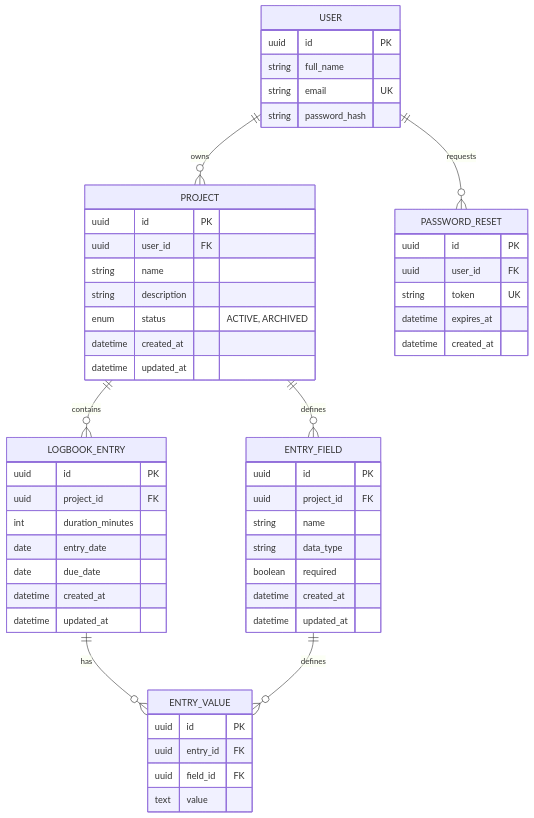
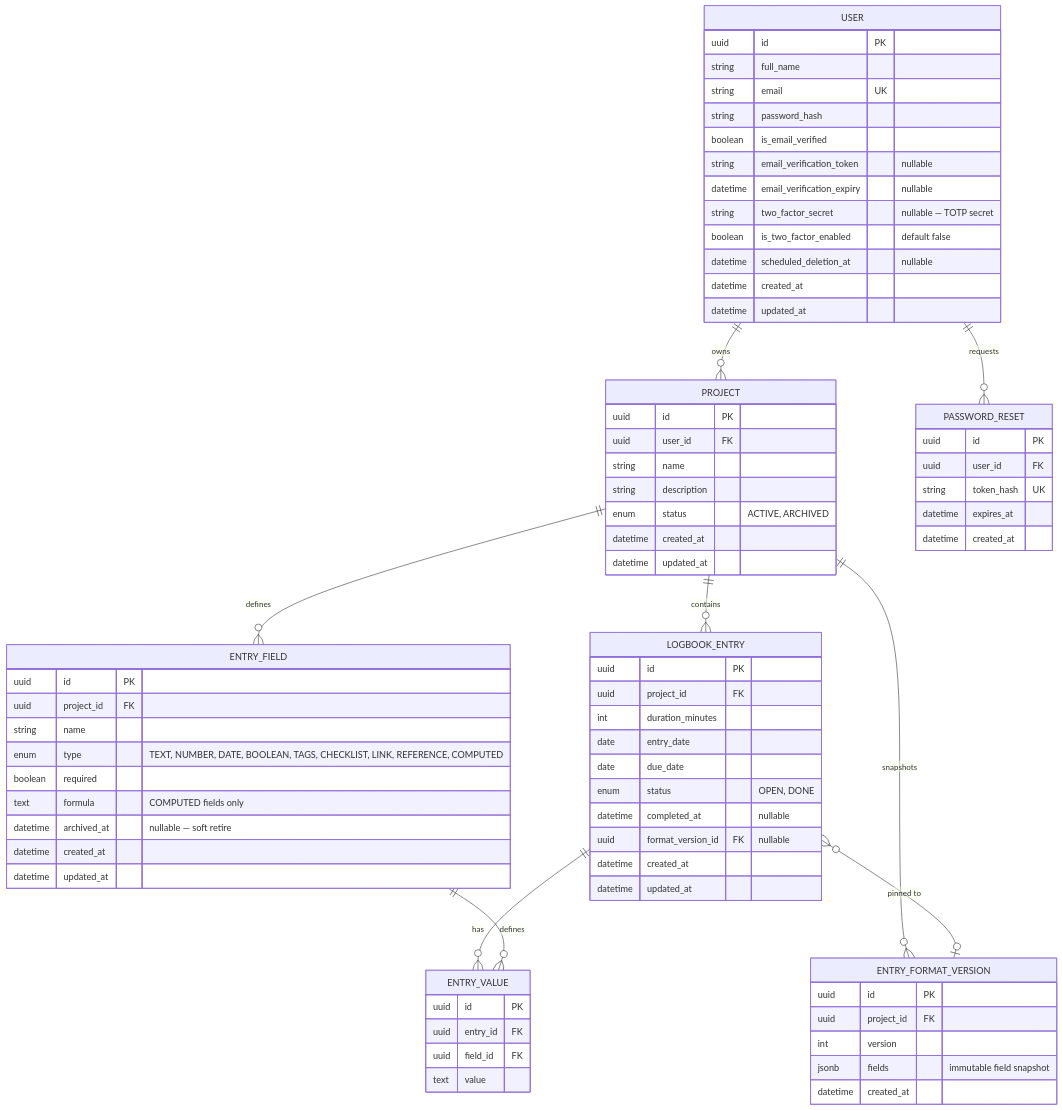
The diagram in docs/design/database-erd.md (DiMpho-20/coms3011a-logbook-digital-logbook), drawn with Mermaid before and after one commit. The commit also changed other lines of this file, not shown here.

Commit message:
docs: update database ERD with sprint 2 schema (2FA, format versions, entry status)

```diff
--- a/docs/design/database-erd.md
+++ b/docs/design/database-erd.md
@@ -25,7 +25,9 @@
     USER ||--o{ PROJECT : owns
     USER ||--o{ PASSWORD_RESET : requests
     PROJECT ||--o{ ENTRY_FIELD : defines
+    PROJECT ||--o{ ENTRY_FORMAT_VERSION : snapshots
     PROJECT ||--o{ LOGBOOK_ENTRY : contains
+    LOGBOOK_ENTRY }o--o| ENTRY_FORMAT_VERSION : "pinned to"
     LOGBOOK_ENTRY ||--o{ ENTRY_VALUE : has
     ENTRY_FIELD ||--o{ ENTRY_VALUE : defines
 
@@ -34,6 +36,14 @@
         string full_name
         string email UK
         string password_hash
+        boolean is_email_verified
+        string email_verification_token "nullable"
+        datetime email_verification_expiry "nullable"
+        string two_factor_secret "nullable — TOTP secret"
+        boolean is_two_factor_enabled "default false"
+        datetime scheduled_deletion_at "nullable"
+        datetime created_at
+        datetime updated_at
     }
 
     PROJECT {
@@ -50,10 +60,20 @@
         uuid id PK
         uuid project_id FK
         string name
-        string data_type
+        enum type "TEXT, NUMBER, DATE, BOOLEAN, TAGS, CHECKLIST, LINK, REFERENCE, COMPUTED"
         boolean required
+        text formula "COMPUTED fields only"
+        datetime archived_at "nullable — soft retire"
         datetime created_at
         datetime updated_at
+    }
+
+    ENTRY_FORMAT_VERSION {
+        uuid id PK
+        uuid project_id FK
+        int version
+        jsonb fields "immutable field snapshot"
+        datetime created_at
     }
 
     LOGBOOK_ENTRY {
@@ -62,6 +82,9 @@
         int duration_minutes
         date entry_date
         date due_date
+        enum status "OPEN, DONE"
+        datetime completed_at "nullable"
+        uuid format_version_id FK "nullable"
         datetime created_at
         datetime updated_at
     }
@@ -76,7 +99,7 @@
     PASSWORD_RESET {
         uuid id PK
         uuid user_id FK
-        string token UK
+        string token_hash UK
         datetime expires_at
         datetime created_at
     }
```
